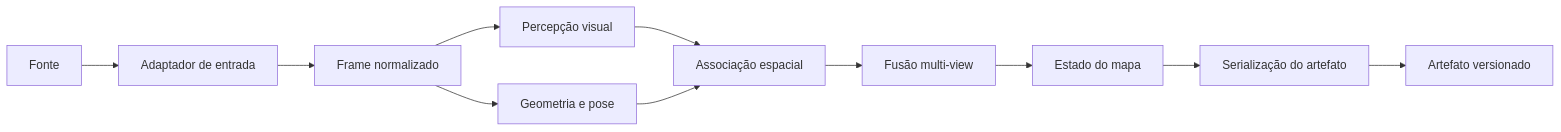
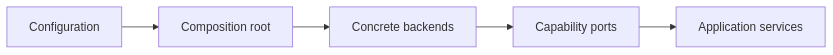
One commit to Alexandre-Tortoza/contextmap2 changed the third of 5 diagrams in docs/architecture.md. Above: the diagram before and after it, drawn with Mermaid. The commit also changed other lines of this file, not shown here.

First line of the commit message:
docs(architecture): define capability ownership and dependency boundaries

````diff
--- a/docs/architecture.md
+++ b/docs/architecture.md
@@ -5,13 +266,13 @@
 ```mermaid
 flowchart LR
-    A[Fonte] --> B[Adaptador de entrada]
-    B --> C[Frame normalizado]
-    C --> D[Percepção visual]
-    C --> E[Geometria e pose]
-    D --> F[Associação espacial]
-    E --> F
-    F --> G[Fusão multi-view]
-    G --> H[Estado do mapa]
-    H --> I[Serialização do artefato]
-    I --> J[Artefato versionado]
+    CFG[Configuration]
+    CR[Composition root]
+    P[Capability ports]
+    B[Concrete backends]
+    S[Application services]
+
+    CFG --> CR
+    CR --> B
+    B --> P
+    P --> S
 ```
````
